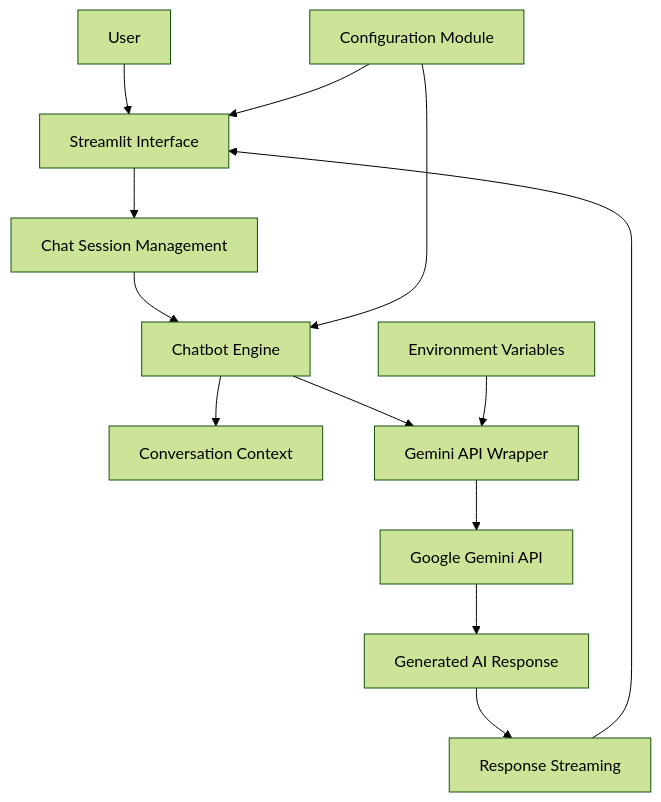
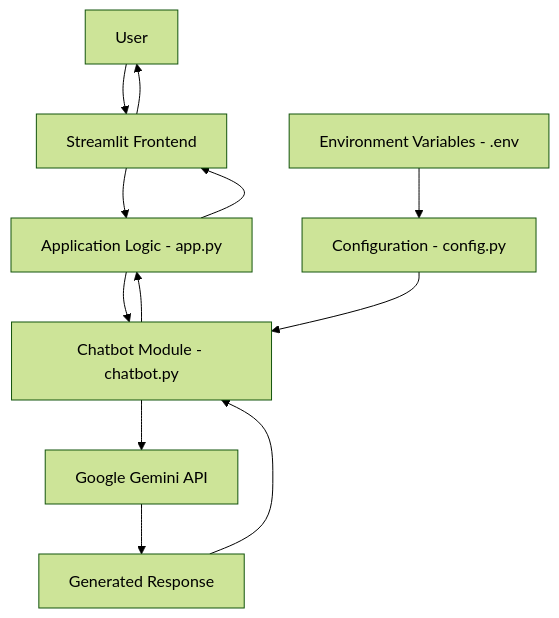
The first of 2 diagrams in README.md (apoorva-shree/The_TripMate), drawn with Mermaid (forest theme) before and after one commit. The commit also changed other lines of this file, not shown here.

````diff
--- a/README.md
+++ b/README.md
@@ -143,15 +304,14 @@
 ```mermaid
 flowchart TD
-    A[User] --> B[Streamlit Interface]
-    B --> C[Chat Session Management]
-    C --> D[Chatbot Engine]
-    D --> E[Conversation Context]
-    D --> F[Gemini API Wrapper]
-    F --> G[Google Gemini API]
-    G --> H[Generated AI Response]
-    H --> I[Response Streaming]
-    I --> B
-    J[Configuration Module] --> B
-    J --> D
-    K[Environment Variables] --> F
+    A[User] --> B[Streamlit Frontend]
+    B --> C[Application Logic - app.py]
+    C --> D[Chatbot Module - chatbot.py]
+    E[Configuration - config.py] --> D
+    F[Environment Variables - .env] --> E
+    D --> G[Google Gemini API]
+    G --> H[Generated Response]
+    H --> D
+    D --> C
+    C --> B
+    B --> A
 ```
````
